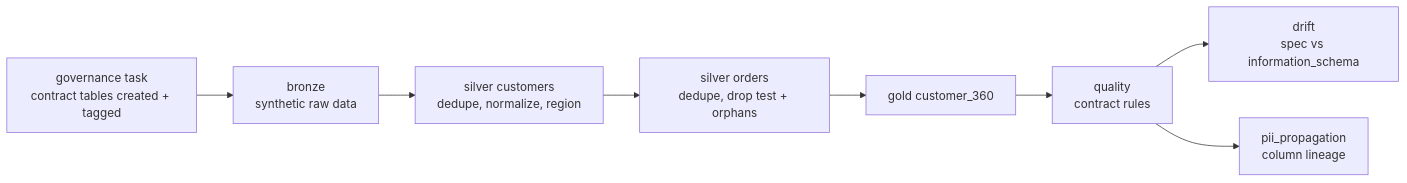
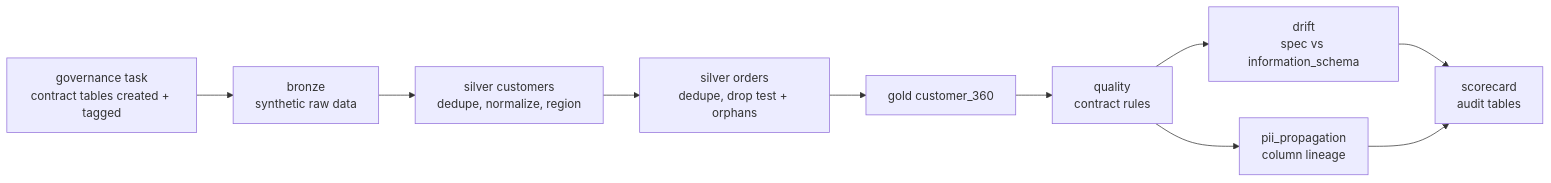
One commit to felipecastro-data/lakehouse-governance-as-code changed the fourth of 5 diagrams in docs/architecture.md. Above: the diagram before and after it, drawn with Mermaid. The commit also changed other lines of this file and 17 other files, not shown here.

First line of the commit message:
Phase 4: audit views, governance scorecard task and dashboard

````diff
--- a/docs/architecture.md
+++ b/docs/architecture.md
@@ -111,10 +111,12 @@
 ```mermaid
 flowchart LR
     G[governance task<br/>contract tables created + tagged] --> B[bronze<br/>synthetic raw data]
     B --> S1[silver customers<br/>dedupe, normalize, region]
     S1 --> S2[silver orders<br/>dedupe, drop test + orphans]
     S2 --> GD[gold customer_360]
     GD --> Q[quality<br/>contract rules]
     Q --> DR[drift<br/>spec vs information_schema]
     Q --> PP[pii_propagation<br/>column lineage]
+    DR --> SC[scorecard<br/>audit tables]
+    PP --> SC
 ```
````
